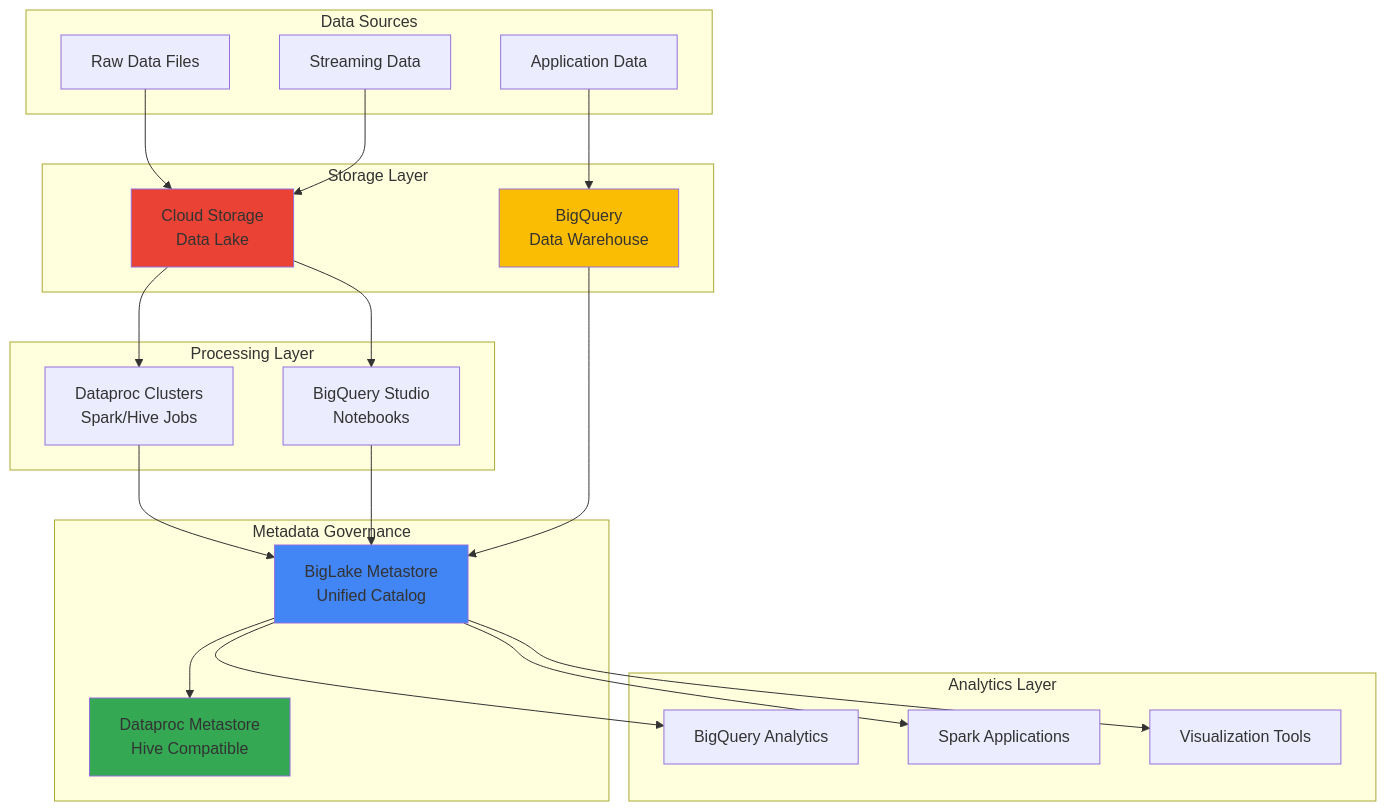
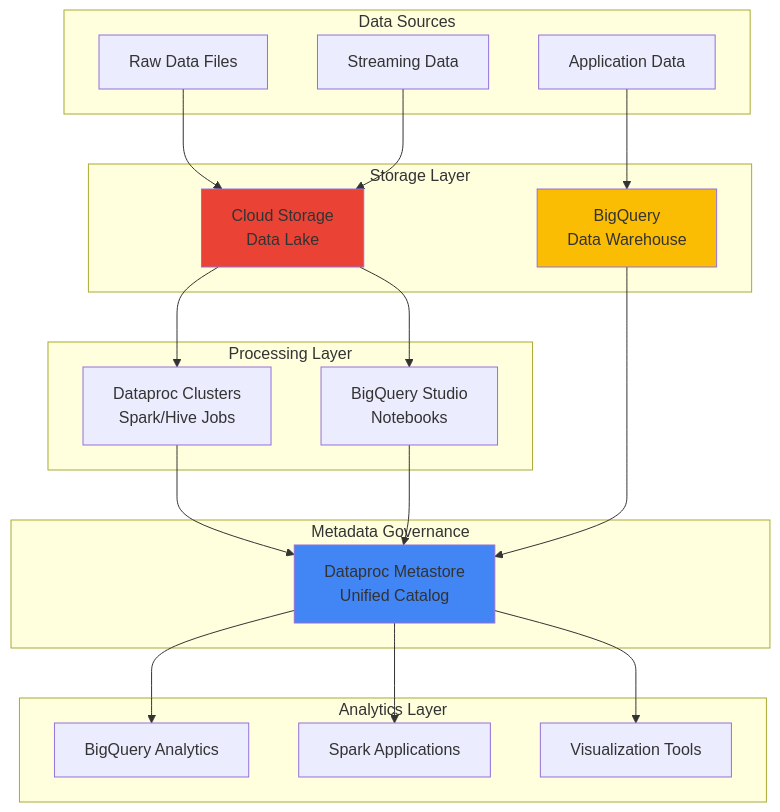
One commit to mzazon/awesome-cloud-projects changed the diagram in gcp/centralized-data-lake-governance-dataproc-metastore-bigquery/centralized-data-lake-governance-dataproc-metastore-bigquery.md. Above: the diagram before and after it, drawn with Mermaid. The commit also changed other lines of this file and 5581 other files, not shown here.

````diff
--- a/gcp/centralized-data-lake-governance-dataproc-metastore-bigquery/centralized-data-lake-governance-dataproc-metastore-bigquery.md
+++ b/gcp/centralized-data-lake-governance-dataproc-metastore-bigquery/centralized-data-lake-governance-dataproc-metastore-bigquery.md
@@ -30,51 +30,47 @@
 ```mermaid
 graph TB
     subgraph "Data Sources"
         DS1[Raw Data Files]
         DS2[Streaming Data]
         DS3[Application Data]
     end
     
     subgraph "Storage Layer"
         CS[Cloud Storage<br/>Data Lake]
         BQ[BigQuery<br/>Data Warehouse]
     end
     
     subgraph "Processing Layer"
         DP[Dataproc Clusters<br/>Spark/Hive Jobs]
         BQS[BigQuery Studio<br/>Notebooks]
     end
     
     subgraph "Metadata Governance"
-        BLM[BigLake Metastore<br/>Unified Catalog]
-        DPM[Dataproc Metastore<br/>Hive Compatible]
+        DPM[Dataproc Metastore<br/>Unified Catalog]
     end
     
     subgraph "Analytics Layer"
         BQA[BigQuery Analytics]
         SPA[Spark Applications]
         VIZ[Visualization Tools]
     end
     
     DS1 --> CS
     DS2 --> CS
     DS3 --> BQ
     
     CS --> DP
     CS --> BQS
     
-    DP --> BLM
-    BQS --> BLM
-    BQ --> BLM
+    DP --> DPM
+    BQS --> DPM
+    BQ --> DPM
     
-    BLM --> DPM
+    DPM --> BQA
+    DPM --> SPA
+    DPM --> VIZ
     
-    BLM --> BQA
-    BLM --> SPA
-    BLM --> VIZ
-    
-    style BLM fill:#4285F4
-    style DPM fill:#34A853
+    style DPM fill:#4285F4
     style CS fill:#EA4335
     style BQ fill:#FBBC04
 ```
````
